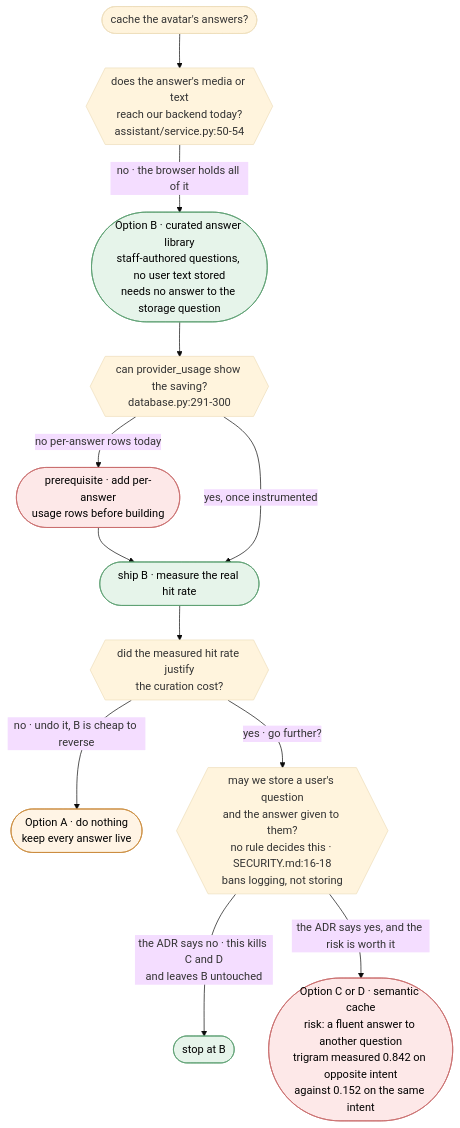
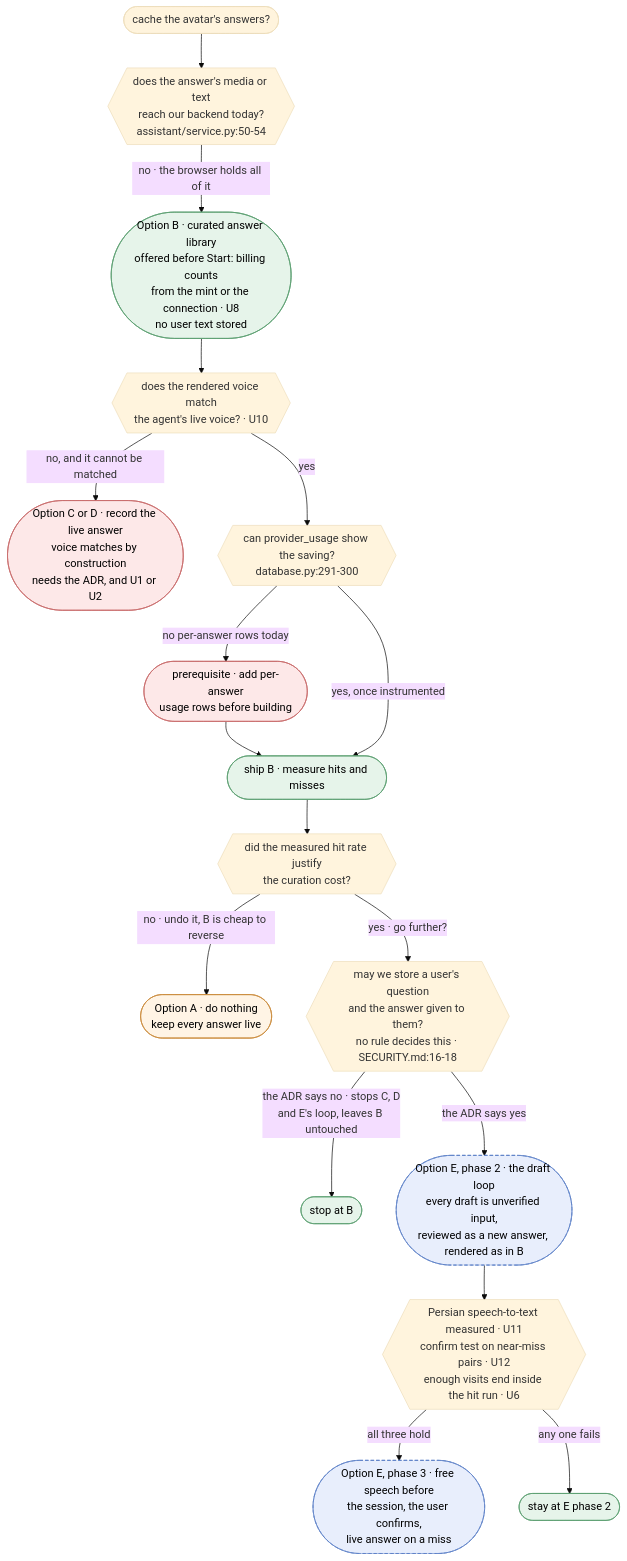
The second of 2 diagrams in docs/features/response-caching/RESEARCH.md (Kohandezh/kohandezh-live-avatar), drawn with Mermaid (base theme) before and after one commit. The commit also changed other lines of this file and 1 other file, not shown here.

First line of the commit message:
docs(assistant): score the owner's design as Option E in the caching spike

````diff
--- a/docs/features/response-caching/RESEARCH.md
+++ b/docs/features/response-caching/RESEARCH.md
@@ -607,19 +1172,25 @@
 ```mermaid
 flowchart TB
     Q(["cache the avatar's answers?"])
     Q --> G1{{"does the answer's media or text<br/>reach our backend today?<br/>assistant/service.py:50-54"}}
-    G1 -->|"no · the browser holds all of it"| B(["Option B · curated answer library<br/>staff-authored questions, no user text stored<br/>needs no answer to the storage question"]):::chosen
-    B --> G3{{"can provider_usage show the saving?<br/>database.py:291-300"}}
+    G1 -->|"no · the browser holds all of it"| B(["Option B · curated answer library<br/>offered before Start: billing counts<br/>from the mint or the connection · U8<br/>no user text stored"]):::chosen
+    B --> GV{{"does the rendered voice match<br/>the agent's live voice? · U10"}}
+    GV -->|"no, and it cannot be matched"| CD(["Option C or D · record the live answer<br/>voice matches by construction<br/>needs the ADR, and U1 or U2"]):::fallback
+    GV -->|"yes"| G3{{"can provider_usage show the saving?<br/>database.py:291-300"}}
     G3 -->|"no per-answer rows today"| INSTR(["prerequisite · add per-answer<br/>usage rows before building"]):::fallback
     INSTR --> SHIP
-    G3 -->|"yes, once instrumented"| SHIP(["ship B · measure the real hit rate"]):::chosen
+    G3 -->|"yes, once instrumented"| SHIP(["ship B · measure hits and misses"]):::chosen
     SHIP --> G4{{"did the measured hit rate justify<br/>the curation cost?"}}
     G4 -->|"no · undo it, B is cheap to reverse"| A(["Option A · do nothing<br/>keep every answer live"]):::forced
-    G4 -->|"yes · go further?"| G2{{"may we store a user's question<br/>and the answer given to them?<br/>no rule decides this · SECURITY.md:16-18<br/>bans logging, not storing"}}
-    G2 -->|"the ADR says no · this kills C and D<br/>and leaves B untouched"| STOP(["stop at B"]):::chosen
-    G2 -->|"the ADR says yes, and the risk is worth it"| CD(["Option C or D · semantic cache<br/>risk: a fluent answer to another question<br/>trigram measured 0.842 on opposite intent<br/>against 0.152 on the same intent"]):::fallback
+    G4 -->|"yes · go further?"| G2{{"may we store a user's question<br/>and the answer given to them?<br/>no rule decides this · SECURITY.md:16-18"}}
+    G2 -->|"the ADR says no · stops C, D<br/>and E's loop, leaves B untouched"| STOP(["stop at B"]):::chosen
+    G2 -->|"the ADR says yes"| E2(["Option E, phase 2 · the draft loop<br/>every draft is unverified input,<br/>reviewed as a new answer, rendered as in B"]):::gated
+    E2 --> G5{{"Persian speech-to-text measured · U11<br/>confirm test on near-miss pairs · U12<br/>enough visits end inside the hit run · U6"}}
+    G5 -->|"all three hold"| E3(["Option E, phase 3 · free speech before<br/>the session, the user confirms,<br/>live answer on a miss"]):::gated
+    G5 -->|"any one fails"| STAY(["stay at E phase 2"]):::chosen
 
     classDef chosen   fill:#e6f4ea,stroke:#5a9e6f,color:#000
     classDef fallback fill:#fde8e8,stroke:#c86a6a,color:#000
     classDef forced   fill:#fff4e5,stroke:#c98a3a,color:#000
+    classDef gated    fill:#e8eefc,stroke:#5b7fc7,color:#000,stroke-dasharray:5 3
 ```
````
